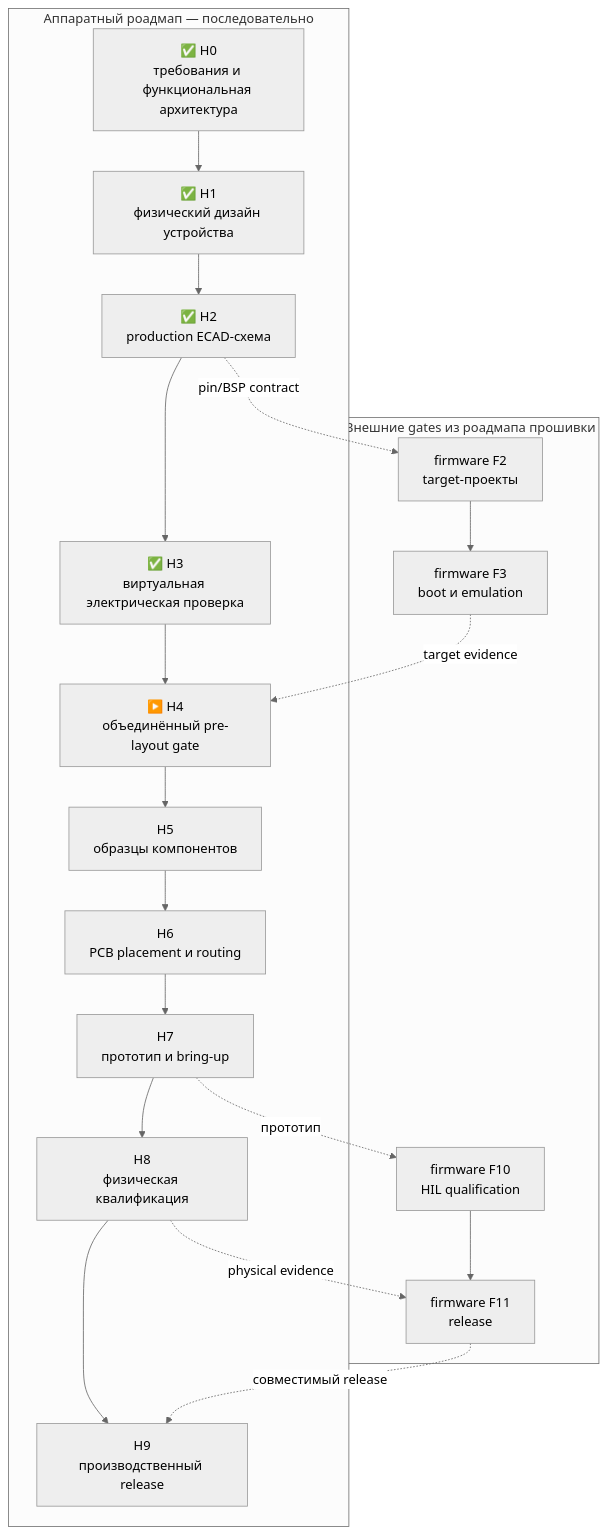
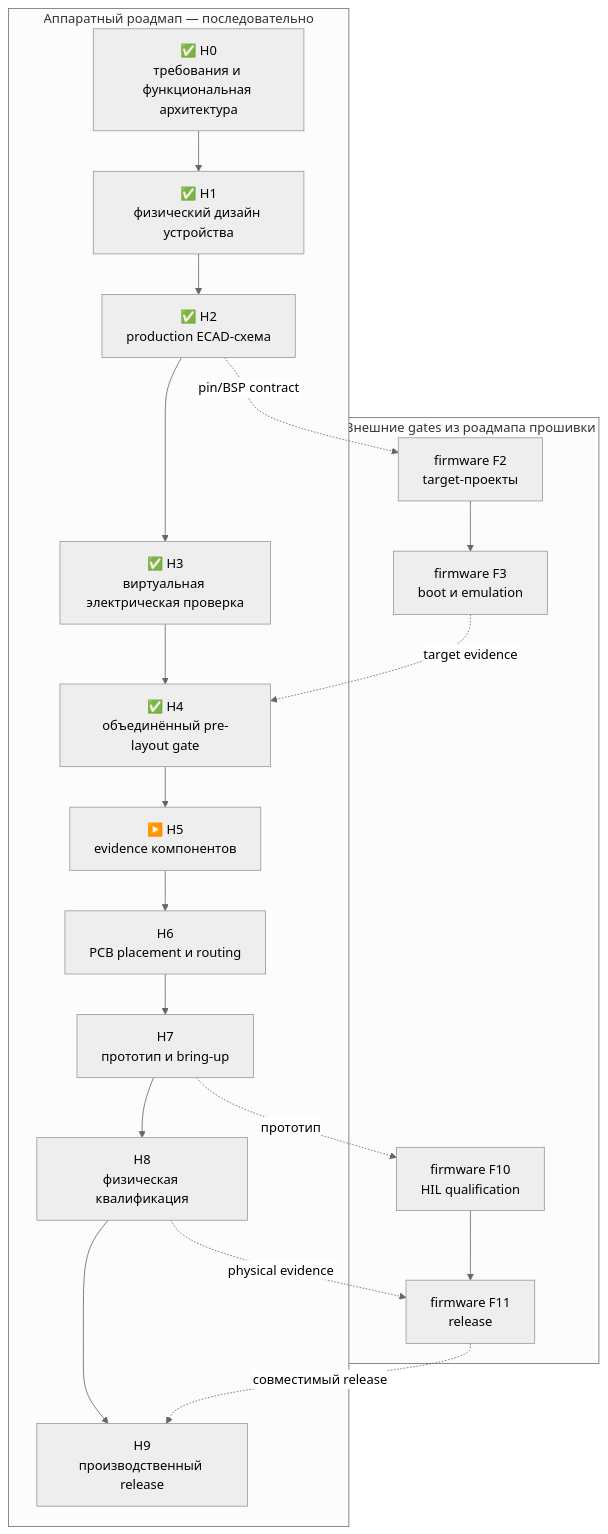
One commit to anton-vinogradov/esp32-leshy2 changed the diagram in docs/roadmap.ru.md. Above: the diagram before and after it, drawn with Mermaid (neutral theme). The commit also changed other lines of this file and 99 other files, not shown here.

Commit message:
Review joined H4 pre-layout gate

````diff
--- a/docs/roadmap.ru.md
+++ b/docs/roadmap.ru.md
@@ -295,31 +299,31 @@
 ```mermaid
 flowchart TD
   subgraph HW["Аппаратный роадмап — последовательно"]
     H0["✅ H0<br/>требования и функциональная архитектура"]
     H1["✅ H1<br/>физический дизайн устройства"]
     H2["✅ H2<br/>production ECAD-схема"]
     H3["✅ H3<br/>виртуальная электрическая проверка"]
-    H4["▶️ H4<br/>объединённый pre-layout gate"]
-    H5["H5<br/>образцы компонентов"]
+    H4["✅ H4<br/>объединённый pre-layout gate"]
+    H5["▶️ H5<br/>evidence компонентов"]
     H6["H6<br/>PCB placement и routing"]
     H7["H7<br/>прототип и bring-up"]
     H8["H8<br/>физическая квалификация"]
     H9["H9<br/>производственный release"]
     H0 --> H1 --> H2 --> H3 --> H4 --> H5 --> H6 --> H7 --> H8 --> H9
   end
 
   subgraph FW["Внешние gates из роадмапа прошивки"]
     F2["firmware F2<br/>target-проекты"]
     F3["firmware F3<br/>boot и emulation"]
     F10["firmware F10<br/>HIL qualification"]
     F11["firmware F11<br/>release"]
     F2 --> F3
     F10 --> F11
   end
 
   H2 -. "pin/BSP contract" .-> F2
   F3 -. "target evidence" .-> H4
   H7 -. "прототип" .-> F10
   H8 -. "physical evidence" .-> F11
   F11 -. "совместимый release" .-> H9
 ```
````
